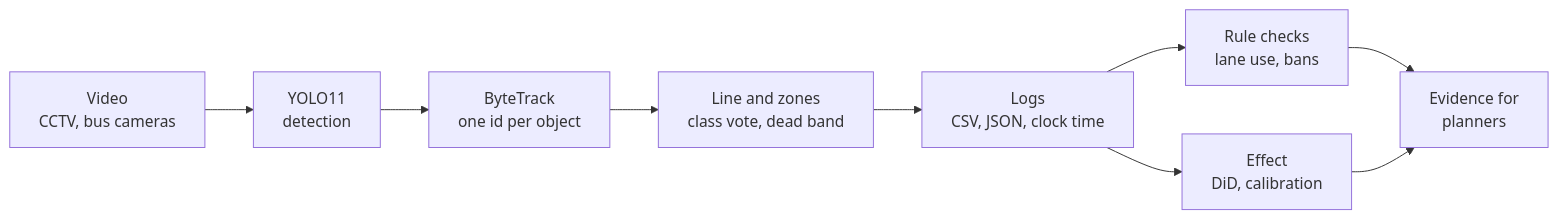
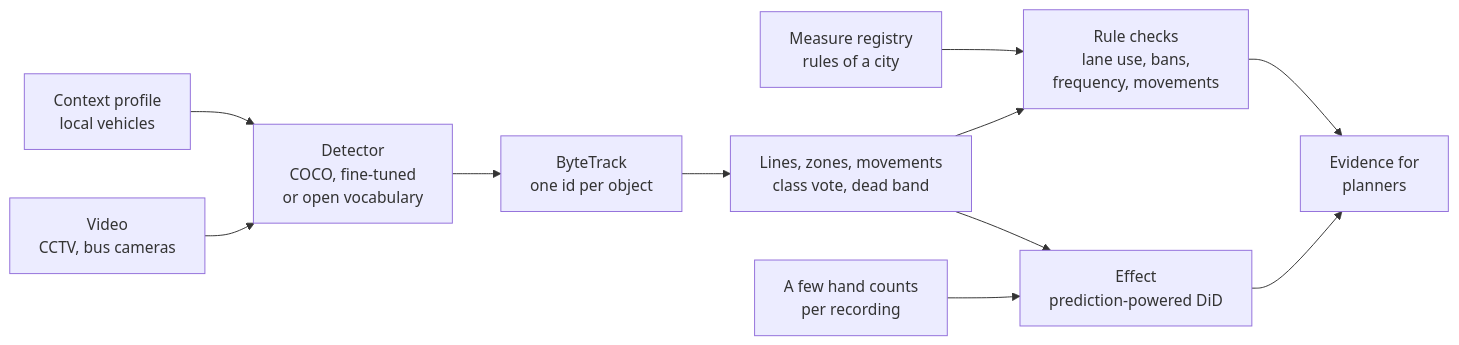
One commit to princiliadaci/traffic-vision-senegal changed the diagram in README.md. Above: the diagram before and after it, drawn with Mermaid. The commit also changed other lines of this file and 46 other files, not shown here.

First line of the commit message:
Generalize to any city and policy: measure registries, context profiles, detector probe, prediction-powered DiD

````diff
--- a/README.md
+++ b/README.md
@@ -116,11 +125,13 @@
 ```mermaid
 flowchart LR
-    A[Video<br/>CCTV, bus cameras] --> B[YOLO11<br/>detection]
+    R[Measure registry<br/>rules of a city] --> F
+    P[Context profile<br/>local vehicles] --> B
+    A[Video<br/>CCTV, bus cameras] --> B[Detector<br/>COCO, fine-tuned<br/>or open vocabulary]
     B --> C[ByteTrack<br/>one id per object]
-    C --> D[Line and zones<br/>class vote, dead band]
-    D --> E[Logs<br/>CSV, JSON, clock time]
-    E --> F[Rule checks<br/>lane use, bans]
-    E --> G[Effect<br/>DiD, calibration]
+    C --> D[Lines, zones, movements<br/>class vote, dead band]
+    D --> F[Rule checks<br/>lane use, bans,<br/>frequency, movements]
+    D --> G[Effect<br/>prediction-powered DiD]
+    M[A few hand counts<br/>per recording] --> G
     F --> H[Evidence for<br/>planners]
     G --> H
 ```
````
